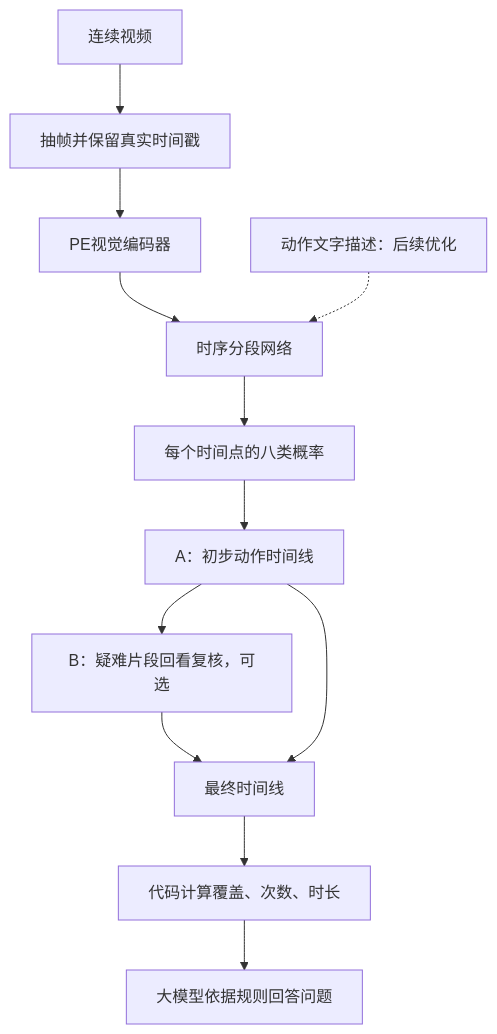
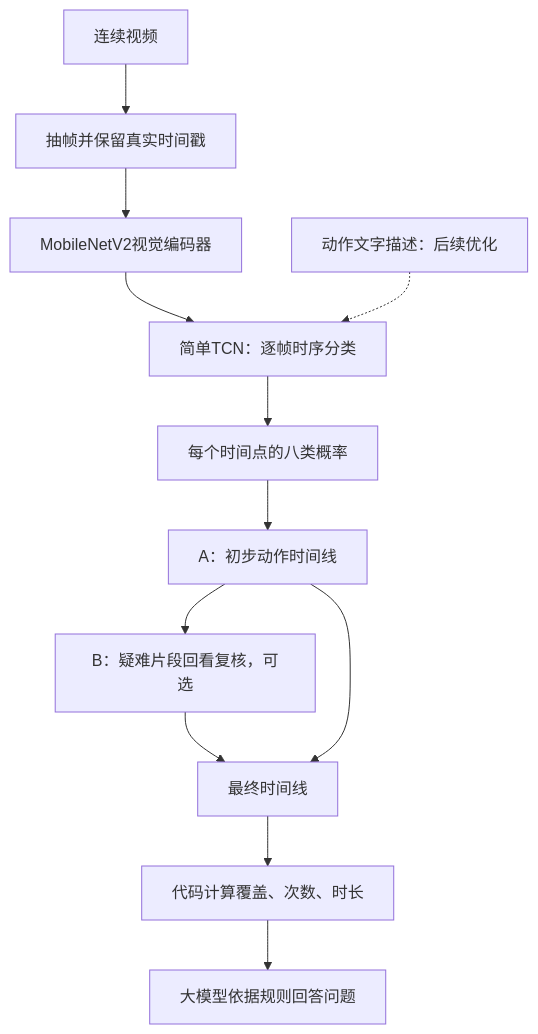
The diagram in docs/zh/MODEL_FRAMEWORK.md (Frostash030612/handwash-who-six-step), drawn with Mermaid before and after one commit. The commit also changed other lines of this file and 3 other files, not shown here.

````diff
--- a/docs/zh/MODEL_FRAMEWORK.md
+++ b/docs/zh/MODEL_FRAMEWORK.md
@@ -26,14 +34,14 @@
 ```mermaid
 flowchart TD
     V[连续视频] --> S[抽帧并保留真实时间戳]
-    S --> PE[PE视觉编码器]
-    PE --> T[时序分段网络]
+    S --> CNN[MobileNetV2视觉编码器]
+    CNN --> T[简单TCN：逐帧时序分类]
     T --> P[每个时间点的八类概率]
     P --> A[A：初步动作时间线]
     TXT[动作文字描述：后续优化] -.-> T
     A --> B[B：疑难片段回看复核，可选]
     B --> R[最终时间线]
     A --> R
     R --> C[代码计算覆盖、次数、时长]
     C --> Q[大模型依据规则回答问题]
 ```
````
